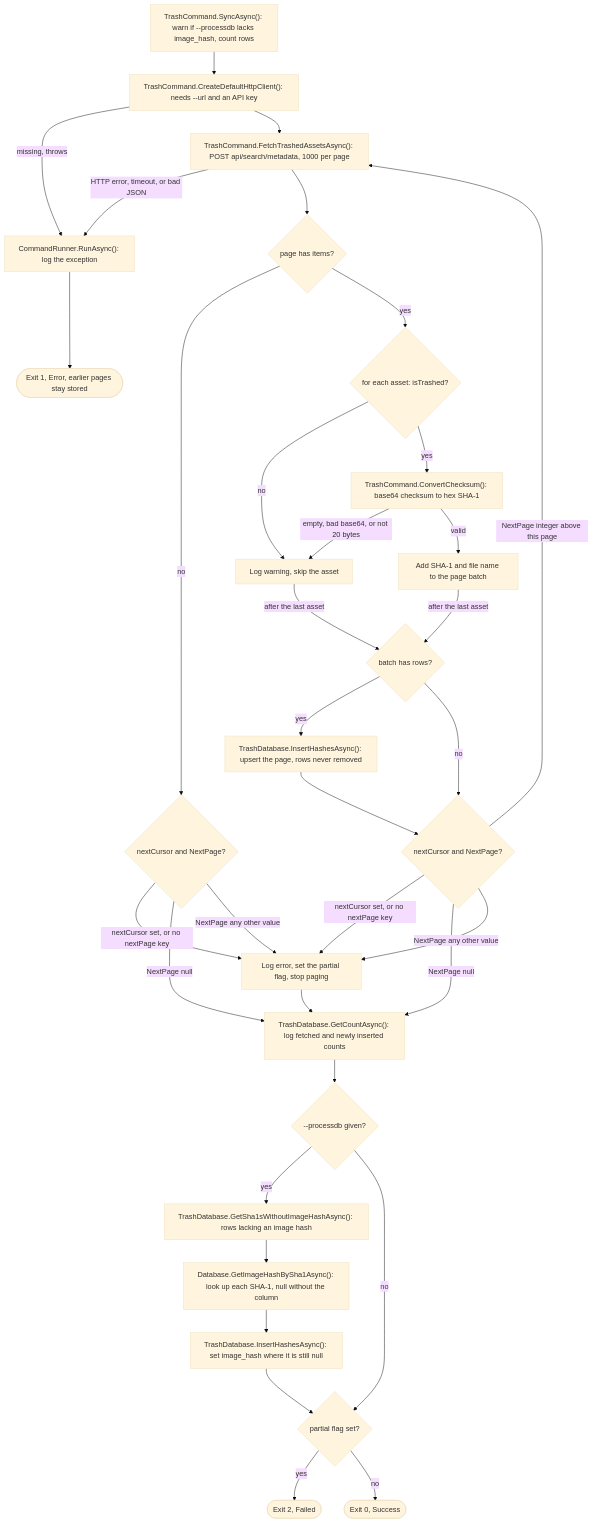
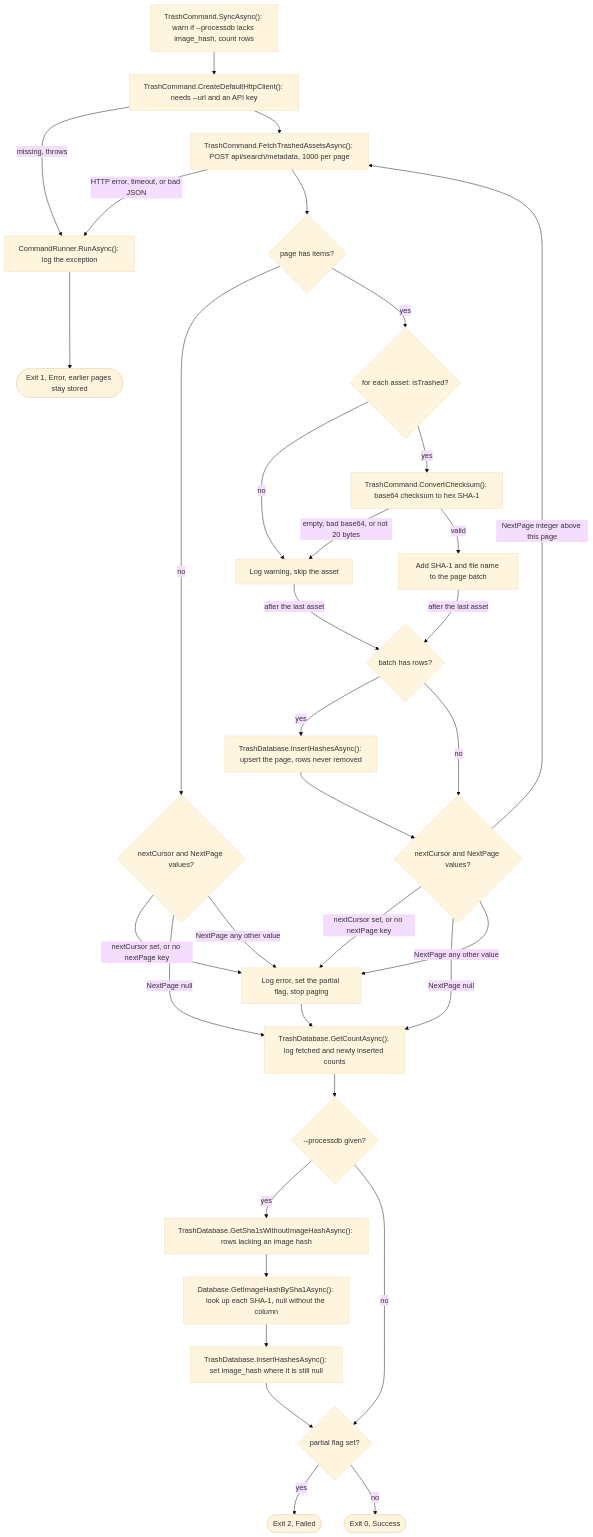
Before and after one commit to ptr727/PhotoCleaner: diagram 17 of 23 in ARCHITECTURE.md, drawn with Mermaid (base theme).

Commit message:
Label the Trash Fetch Shape Nodes as a Value Question
The two decision nodes read "nextCursor and NextPage?", which reads as
an AND test. They branch four ways on both values, so the label now asks
for the values, as the earlier "NextPage value?" did.

````diff
--- a/ARCHITECTURE.md
+++ b/ARCHITECTURE.md
@@ -928,38 +928,38 @@
 ```mermaid
 flowchart TD
   S1["TrashCommand.SyncAsync(): warn if --processdb lacks image_hash, count rows"] --> S2["TrashCommand.CreateDefaultHttpClient(): needs --url and an API key"]
   S2 -->|"missing, throws"| SE
   S2 --> S3["TrashCommand.FetchTrashedAssetsAsync(): POST api/search/metadata, 1000 per page"]
   S3 -->|"HTTP error, timeout, or bad JSON"| SE
   S3 --> S4{"page has items?"}
-  S4 -->|"no"| S5{"nextCursor and NextPage?"}
+  S4 -->|"no"| S5{"nextCursor and NextPage values?"}
   S5 -->|"nextCursor set, or no nextPage key"| S13
   S5 -->|"NextPage null"| S14
   S5 -->|"NextPage any other value"| S13
   S4 -->|"yes"| S6{"for each asset: isTrashed?"}
   S6 -->|"no"| S7["Log warning, skip the asset"]
   S6 -->|"yes"| S8["TrashCommand.ConvertChecksum(): base64 checksum to hex SHA-1"]
   S8 -->|"empty, bad base64, or not 20 bytes"| S7
   S8 -->|"valid"| S9["Add SHA-1 and file name to the page batch"]
   S7 -->|"after the last asset"| S10{"batch has rows?"}
   S9 -->|"after the last asset"| S10
   S10 -->|"yes"| S11["TrashDatabase.InsertHashesAsync(): upsert the page, rows never removed"]
   S10 -->|"no"| S12
-  S11 --> S12{"nextCursor and NextPage?"}
+  S11 --> S12{"nextCursor and NextPage values?"}
   S12 -->|"nextCursor set, or no nextPage key"| S13
   S12 -->|"NextPage integer above this page"| S3
   S12 -->|"NextPage null"| S14
   S12 -->|"NextPage any other value"| S13["Log error, set the partial flag, stop paging"]
   S13 --> S14
   S14["TrashDatabase.GetCountAsync(): log fetched and newly inserted counts"]
   S14 --> S15{"--processdb given?"}
   S15 -->|"yes"| S16["TrashDatabase.GetSha1sWithoutImageHashAsync(): rows lacking an image hash"]
   S16 --> S17["Database.GetImageHashBySha1Async(): look up each SHA-1, null without the column"]
   S17 --> S18["TrashDatabase.InsertHashesAsync(): set image_hash where it is still null"]
   S18 --> S19
   S15 -->|"no"| S19{"partial flag set?"}
   S19 -->|"yes"| S20(["Exit 2, Failed"])
   S19 -->|"no"| S21(["Exit 0, Success"])
   SE["CommandRunner.RunAsync(): log the exception"] --> S22(["Exit 1, Error, earlier pages stay stored"])
   classDef suspect stroke:#c00,stroke-width:2px,stroke-dasharray:5 3
 ```
````
